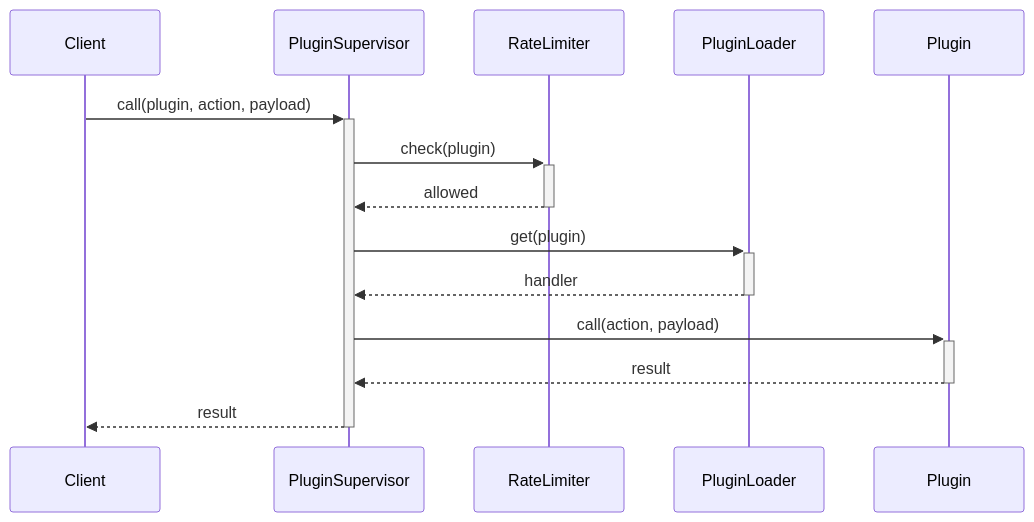
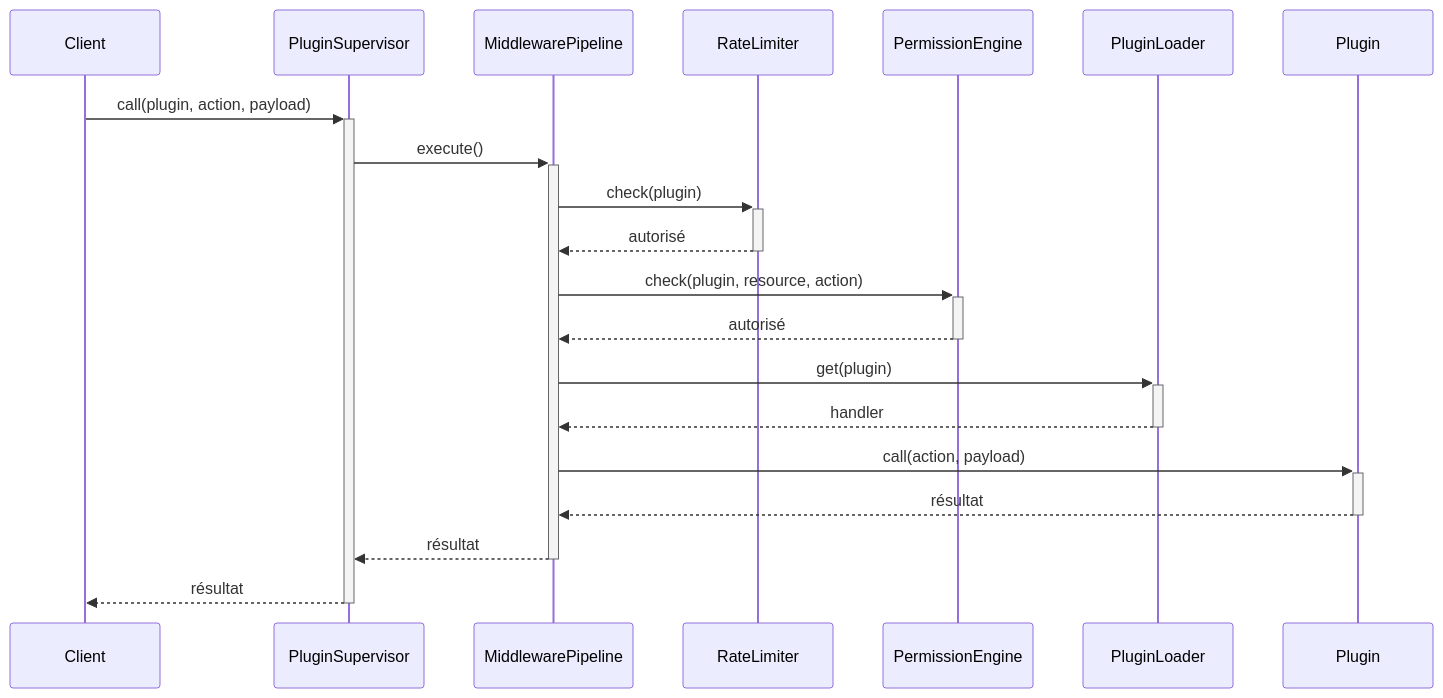
One commit to traoreera/xcore changed the third of 5 diagrams in doc/architecture/overview.md. Above: the diagram before and after it, drawn with Mermaid. The commit also changed other lines of this file and 15 other files, not shown here.

````diff
--- a/doc/architecture/overview.md
+++ b/doc/architecture/overview.md
@@ -173,19 +160,28 @@
 ```mermaid
 sequenceDiagram
     participant Client
     participant PS as PluginSupervisor
+    participant MP as MiddlewarePipeline
     participant RL as RateLimiter
+    participant PE as PermissionEngine
     participant PL as PluginLoader
     participant P as Plugin
 
     Client->>+PS: call(plugin, action, payload)
-    PS->>+RL: check(plugin)
-    RL-->>-PS: allowed
+    PS->>+MP: execute()
 
-    PS->>+PL: get(plugin)
-    PL-->>-PS: handler
+    MP->>+RL: check(plugin)
+    RL-->>-MP: autorisé
 
-    PS->>+P: call(action, payload)
-    P-->>-PS: result
-    PS-->>-Client: result
+    MP->>+PE: check(plugin, resource, action)
+    PE-->>-MP: autorisé
+
+    MP->>+PL: get(plugin)
+    PL-->>-MP: handler
+
+    MP->>+P: call(action, payload)
+    P-->>-MP: résultat
+
+    MP-->>-PS: résultat
+    PS-->>-Client: résultat
 ```
````
